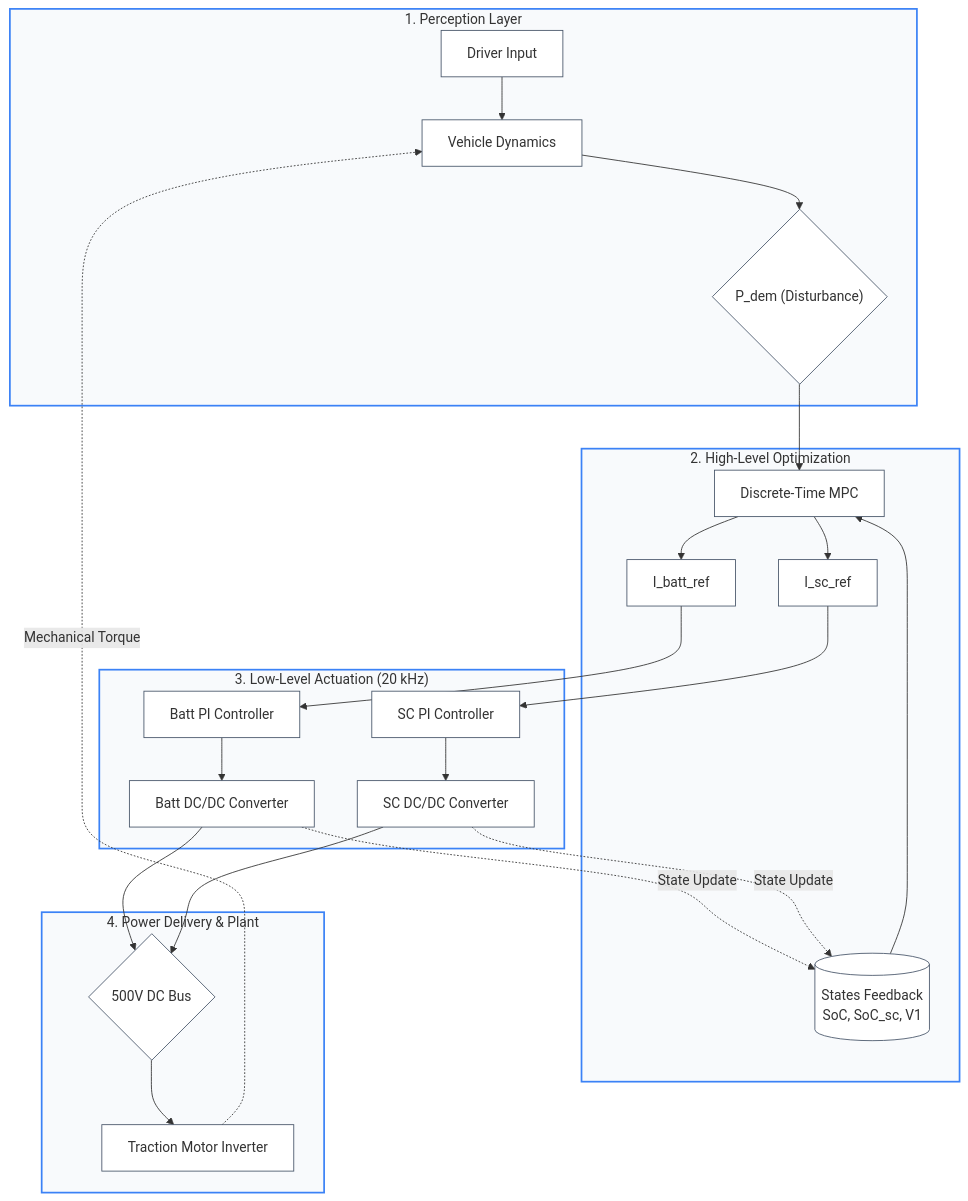
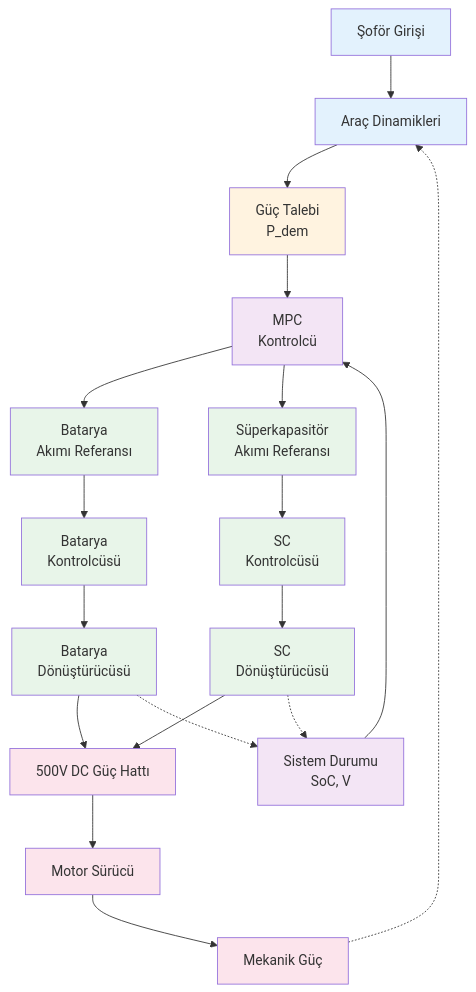
One commit to selinkurt99-design/project1 changed the diagram in ARCHITECTURE_DIAGRAM.md. Above: the diagram before and after it, drawn with Mermaid. The commit also changed other lines of this file, not shown here.

Commit message:
Simplify architecture diagram with clearer explanation in Turkish

````diff
--- a/ARCHITECTURE_DIAGRAM.md
+++ b/ARCHITECTURE_DIAGRAM.md
@@ -9,45 +5,42 @@
 ```mermaid
 graph TD
-    %% Stil Tanımlamaları
-    classDef layer fill:#f8fafc,stroke:#3b82f6,stroke-width:2px;
-    classDef node fill:#ffffff,stroke:#475569,stroke-width:1px;
+    A["Şoför Girişi"] --> B["Araç Dinamikleri"]
+    B --> C["Güç Talebi<br/>P_dem"]
     
-    %% 1. PERCEPTION LAYER
-    subgraph L1 ["1. Perception Layer"]
-        A["Driver Input"] --> B["Vehicle Dynamics"]
-        B --> C{"P_dem (Disturbance)"}
-    end
-
-    %% 2. HIGH-LEVEL OPTIMIZATION
-    subgraph L2 ["2. High-Level Optimization"]
-        States[("States Feedback<br>SoC, SoC_sc, V1")]
-        C --> D["Discrete-Time MPC"]
-        States --> D
-        D --> E1["I_batt_ref"]
-        D --> E2["I_sc_ref"]
-    end
-
-    %% 3. LOW-LEVEL ACTUATION
-    subgraph L3 ["3. Low-Level Actuation (20 kHz)"]
-        E1 --> F1["Batt PI Controller"]
-        E2 --> F2["SC PI Controller"]
-        F1 --> G1["Batt DC/DC Converter"]
-        F2 --> G2["SC DC/DC Converter"]
-    end
-
-    %% 4. PHYSICAL PLANT
-    subgraph L4 ["4. Power Delivery & Plant"]
-        G1 --> H{"500V DC Bus"}
-        G2 --> H
-        H --> I["Traction Motor Inverter"]
-    end
-
-    %% KAPALI DÖNGÜ GERİ BESLEMELERİ (Karmaşayı önlemek için dışarıdan dolanır)
-    I -.->|Mechanical Torque| B
-    G1 -.->|State Update| States
-    G2 -.->|State Update| States
-
-    %% Sınıfları Uygulama
-    class L1,L2,L3,L4 layer;
-    class A,B,C,D,States,E1,E2,F1,F2,G1,G2,H,I node;
+    C --> D["MPC<br/>Kontrolcü"]
+    E["Sistem Durumu<br/>SoC, V"] --> D
+    
+    D --> F["Batarya<br/>Akımı Referansı"]
+    D --> G["Süperkapasitör<br/>Akımı Referansı"]
+    
+    F --> H["Batarya<br/>Kontrolcüsü"]
+    G --> I["SC<br/>Kontrolcüsü"]
+    
+    H --> J["Batarya<br/>Dönüştürücüsü"]
+    I --> K["SC<br/>Dönüştürücüsü"]
+    
+    J --> L["500V DC Güç Hattı"]
+    K --> L
+    
+    L --> M["Motor Sürücü"]
+    M --> N["Mekanik Güç"]
+    
+    N -.-> B
+    J -.-> E
+    K -.-> E
+    
+    style A fill:#e3f2fd
+    style B fill:#e3f2fd
+    style C fill:#fff3e0
+    style D fill:#f3e5f5
+    style E fill:#f3e5f5
+    style F fill:#e8f5e9
+    style G fill:#e8f5e9
+    style H fill:#e8f5e9
+    style I fill:#e8f5e9
+    style J fill:#e8f5e9
+    style K fill:#e8f5e9
+    style L fill:#fce4ec
+    style M fill:#fce4ec
+    style N fill:#fce4ec
 ```
````
